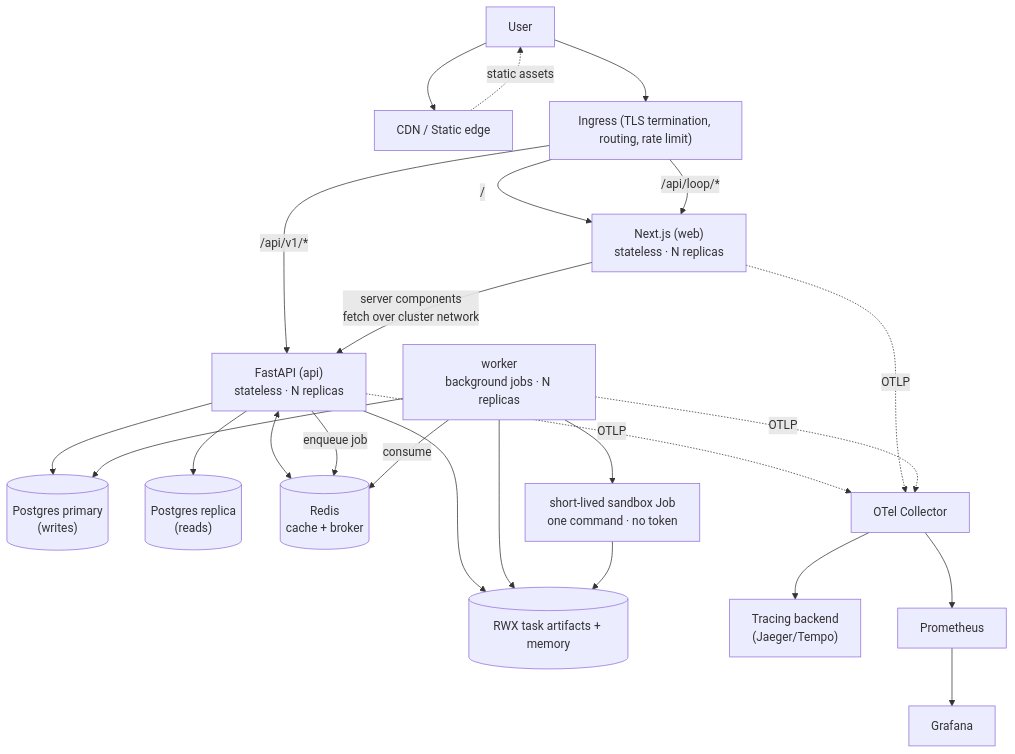
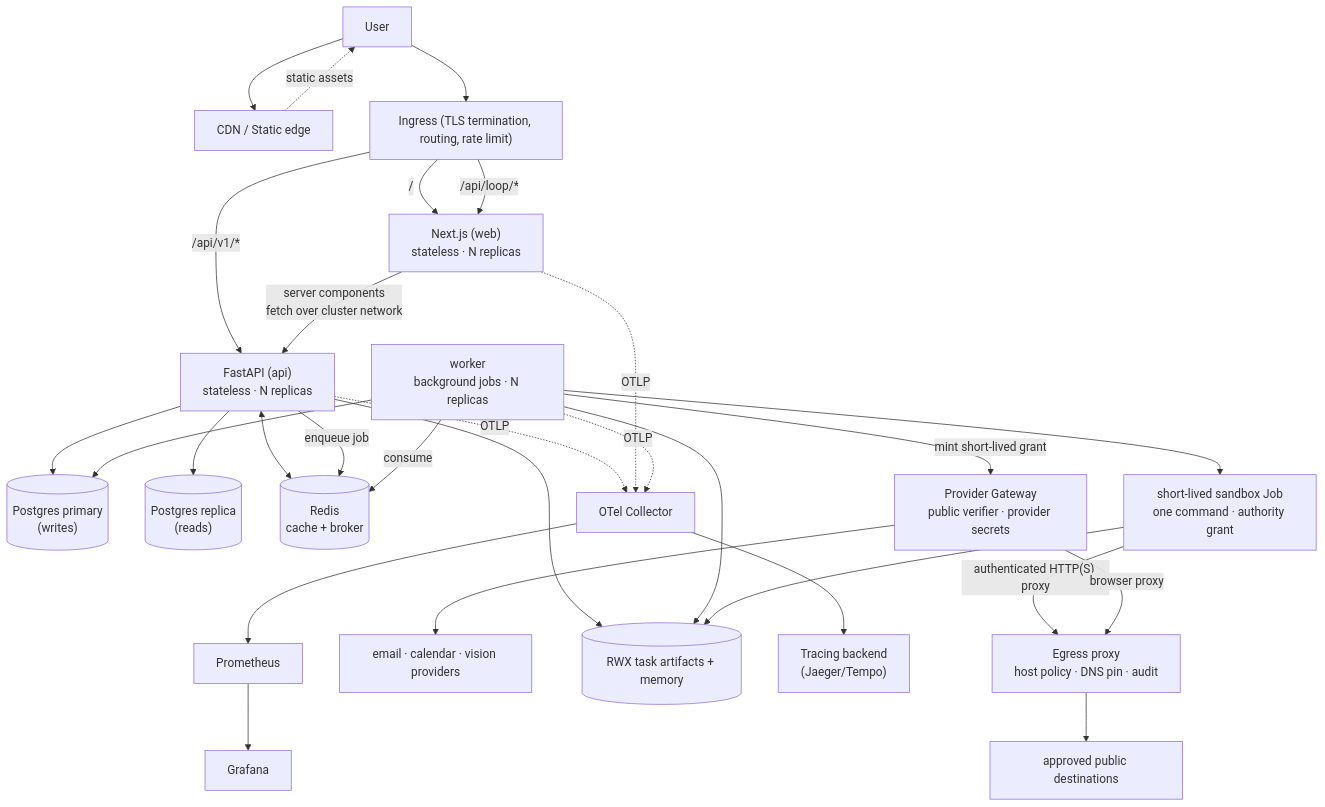
Before and after one commit to chriswu727/loop-agent: the first of 4 diagrams in ARCHITECTURE.md, drawn with Mermaid. The commit also changed other lines of this file and 77 other files, not shown here.

Commit message:
enforce isolated provider and network authority

````diff
--- a/ARCHITECTURE.md
+++ b/ARCHITECTURE.md
@@ -45,22 +45,27 @@
 ```mermaid
 flowchart TB
     U["User"] --> CDN["CDN / Static edge"]
     U --> IG["Ingress (TLS termination, routing, rate limit)"]
     CDN -. "static assets" .-> U
     IG -->|"/"| WEB["Next.js (web)\nstateless · N replicas"]
     IG -->|"/api/loop/*"| WEB
     IG -->|"/api/v1/*"| API["FastAPI (api)\nstateless · N replicas"]
     WEB -->|"server components\nfetch over cluster network"| API
     API --> PGW[("Postgres primary\n(writes)")]
     API --> PGR[("Postgres replica\n(reads)")]
     API <--> REDIS[("Redis\ncache + broker")]
     API -- "enqueue job" --> REDIS
     WORKER["worker\nbackground jobs · N replicas"] -- "consume" --> REDIS
     WORKER --> PGW
-    WORKER --> JOB["short-lived sandbox Job\none command · no token"]
+    WORKER -- "mint short-lived grant" --> PGATE["Provider Gateway\npublic verifier · provider secrets"]
+    WORKER --> JOB["short-lived sandbox Job\none command · authority grant"]
+    JOB -- "authenticated HTTP(S) proxy" --> EGRESS["Egress proxy\nhost policy · DNS pin · audit"]
+    PGATE -- "browser proxy" --> EGRESS
+    PGATE --> EXT["email · calendar · vision providers"]
+    EGRESS --> WEBEXT["approved public destinations"]
     API & WORKER & JOB --> PVC[("RWX task artifacts + memory")]
     API & WEB & WORKER -. "OTLP" .-> OTEL["OTel Collector"]
     OTEL --> TRACING["Tracing backend\n(Jaeger/Tempo)"]
     OTEL --> METRICS["Prometheus"]
     METRICS --> GRAFANA["Grafana"]
 ```
````
